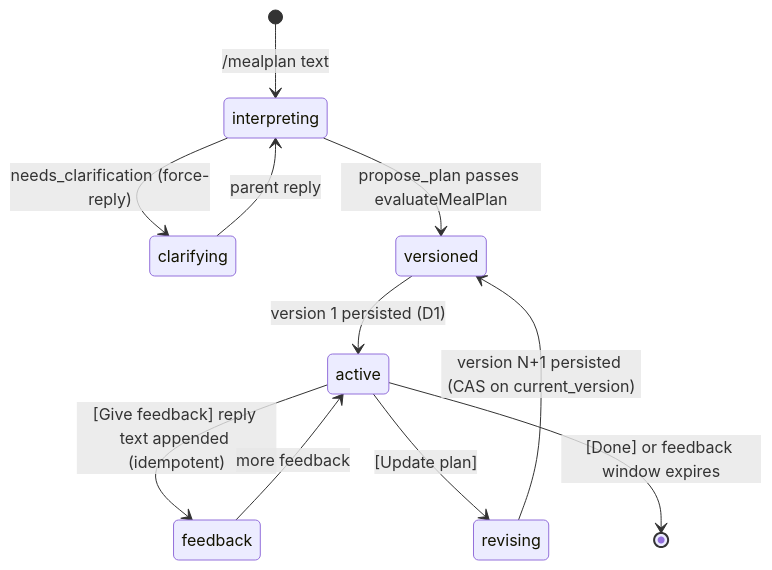
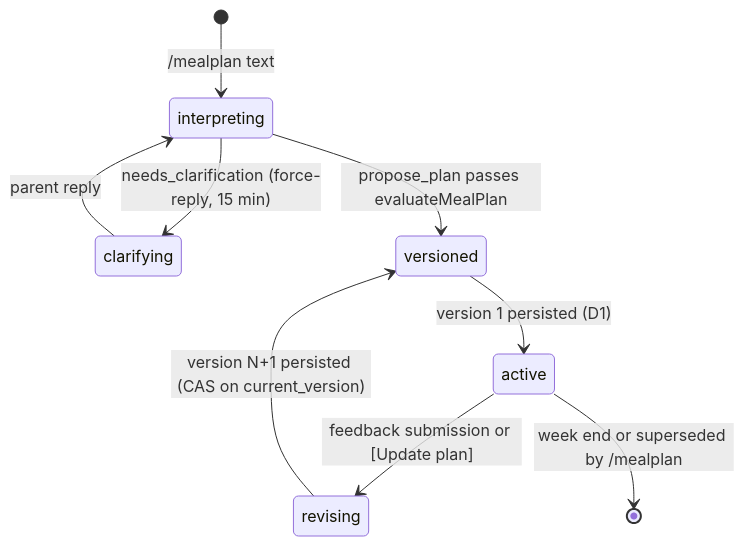
Before and after one commit to satwikhebbar/kipp: the diagram in plans/school-day-meal-planning-iteration-1.md, drawn with Mermaid. The commit also changed other lines of this file and 1 other file, not shown here.

Commit message:
docs: rework meal-planning plan for default approval, per-chat-week instance, feedback-submission batches; cut /plan, agent_job, meal_audit; KV video cache

````diff
--- a/plans/school-day-meal-planning-iteration-1.md
+++ b/plans/school-day-meal-planning-iteration-1.md
@@ -91,13 +97,11 @@
 ```mermaid
 stateDiagram-v2
   [*] --> interpreting: /mealplan text
-  interpreting --> clarifying: needs_clarification (force-reply)
+  interpreting --> clarifying: needs_clarification (force-reply, 15 min)
   clarifying --> interpreting: parent reply
   interpreting --> versioned: propose_plan passes evaluateMealPlan
   versioned --> active: version 1 persisted (D1)
-  active --> feedback: [Give feedback] reply text appended (idempotent)
-  feedback --> active: more feedback
-  active --> revising: [Update plan]
+  active --> revising: feedback submission or [Update plan]
   revising --> versioned: version N+1 persisted (CAS on current_version)
-  active --> [*]: [Done] or feedback window expires
+  active --> [*]: week end or superseded by /mealplan
 ```
````
